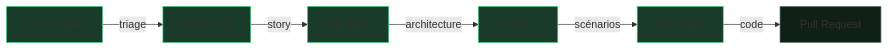
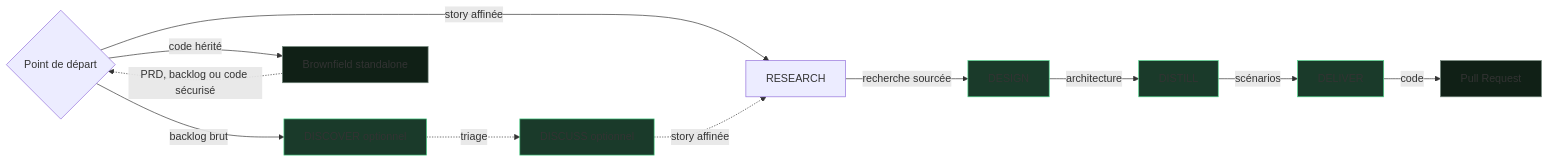
The diagram in docs/site/fr/index.md (SebastienDegodez/skraft-plugin), drawn with Mermaid before and after one commit. The commit also changed other lines of this file and 3 other files, not shown here.

````diff
--- a/docs/site/fr/index.md
+++ b/docs/site/fr/index.md
@@ -47,14 +53,20 @@
 ```mermaid
-graph LR
-    D[DISCOVER] -->|triage| DI[DISCUSS]
-    DI -->|story| DE[DESIGN]
+flowchart LR
+    C{Point de départ} -->|backlog brut| D[DISCOVER optionnel]
+    C -->|story affinée| R[RESEARCH]
+    C -->|code hérité| BF[Brownfield standalone]
+    BF -.->|PRD, backlog ou code sécurisé| C
+    D -.->|triage| DI[DISCUSS optionnel]
+    DI -.->|story affinée| R
+    R -->|recherche sourcée| DE[DESIGN]
     DE -->|architecture| DIS[DISTILL]
     DIS -->|scénarios| DEL[DELIVER]
     DEL -->|code| PR[Pull Request]
+    style BF fill:#102016,stroke:#6f8478
     style D fill:#1a3a2a,stroke:#4ed58a
     style DI fill:#1a3a2a,stroke:#4ed58a
     style DE fill:#1a3a2a,stroke:#4ed58a
     style DIS fill:#1a3a2a,stroke:#4ed58a
     style DEL fill:#1a3a2a,stroke:#4ed58a
     style PR fill:#102016,stroke:#6f8478
 ```
````
